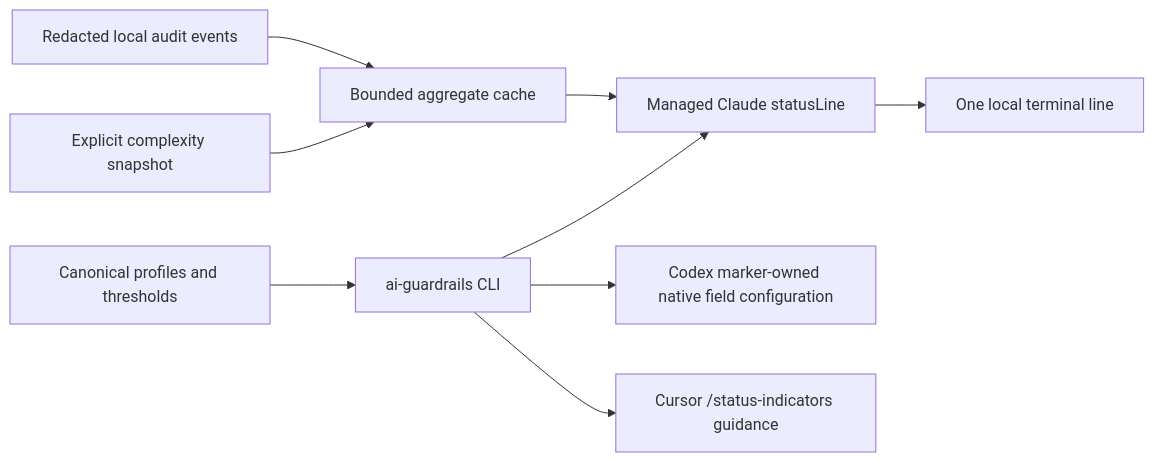
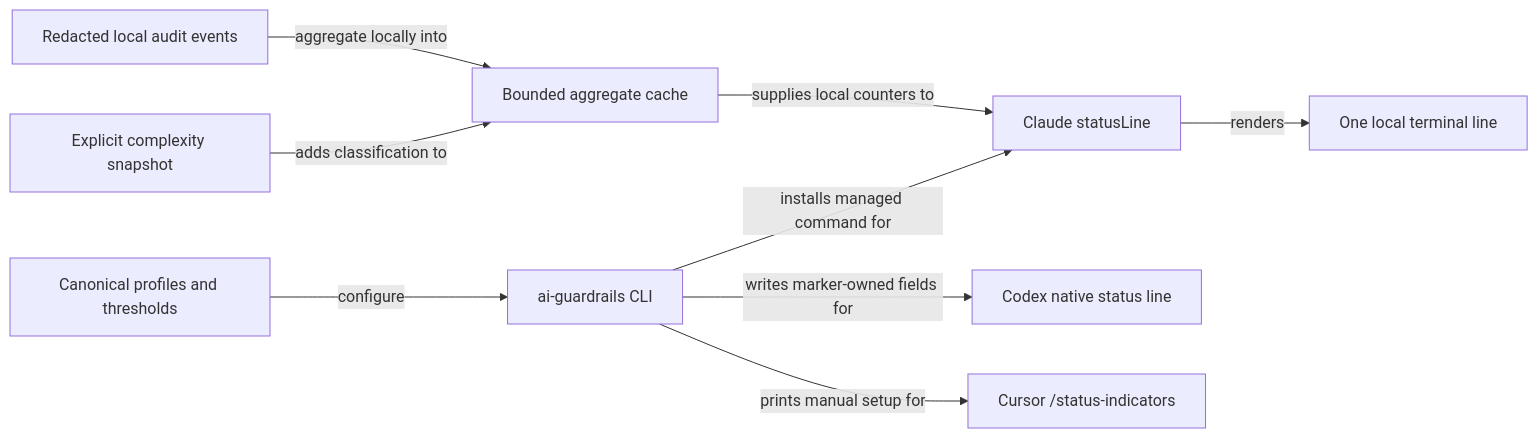
Before and after one commit to ZarrenSpryXplor/ai-engineering-guardrails: the diagram in docs/terminal-ux.md, drawn with Mermaid. The commit also changed other lines of this file and 13 other files, not shown here.

Commit message:
Apply diagramming skill to project.

````diff
--- a/docs/terminal-ux.md
+++ b/docs/terminal-ux.md
@@ -5,11 +7,11 @@
 ```mermaid
 flowchart LR
-  C[Canonical profiles and thresholds] --> P[ai-guardrails CLI]
-  A[Redacted local audit events] --> S[Bounded aggregate cache]
-  G[Explicit complexity snapshot] --> S
-  P --> M[Managed Claude statusLine]
-  P --> N[Codex marker-owned native field configuration]
-  P --> U[Cursor /status-indicators guidance]
-  S --> M
-  M --> R[One local terminal line]
+  profiles["Canonical profiles and thresholds"] -->|configure| cli["ai-guardrails CLI"]
+  audit["Redacted local audit events"] -->|aggregate locally into| cache["Bounded aggregate cache"]
+  complexity["Explicit complexity snapshot"] -->|adds classification to| cache
+  cli -->|installs managed command for| claude["Claude statusLine"]
+  cli -->|writes marker-owned fields for| codex["Codex native status line"]
+  cli -->|prints manual setup for| cursor["Cursor /status-indicators"]
+  cache -->|supplies local counters to| claude
+  claude -->|renders| line["One local terminal line"]
 ```
````
